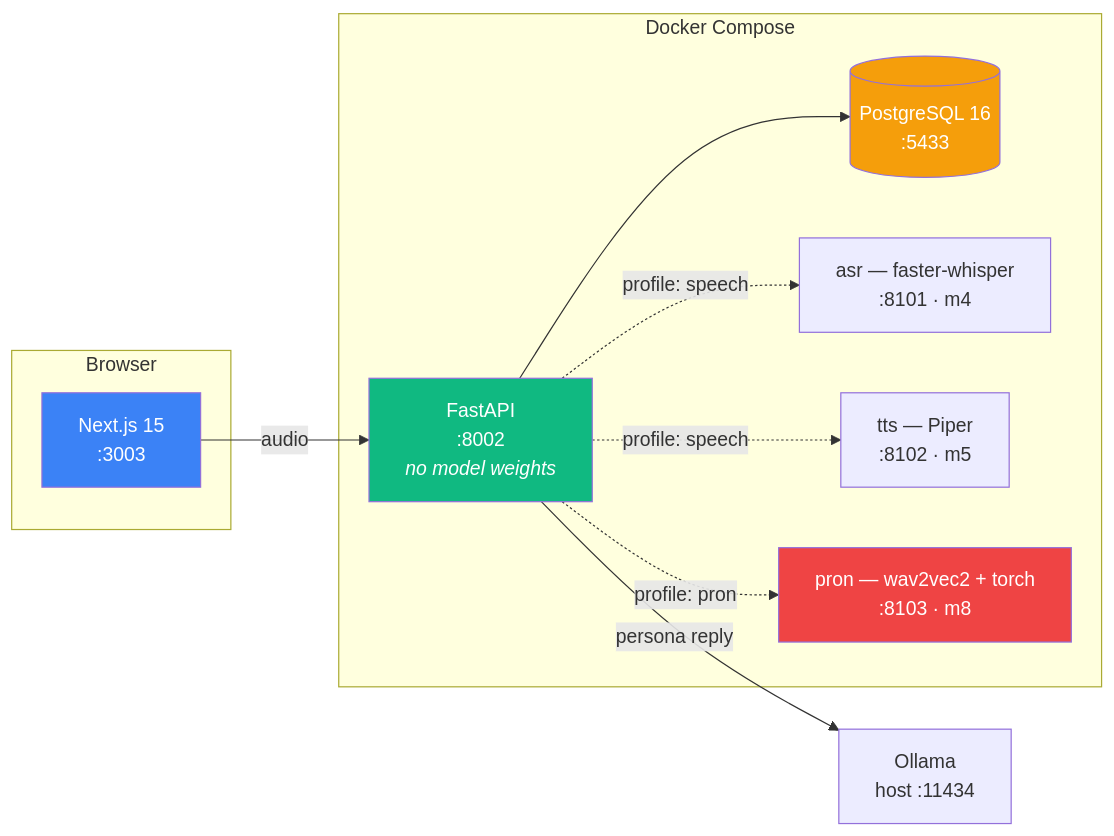
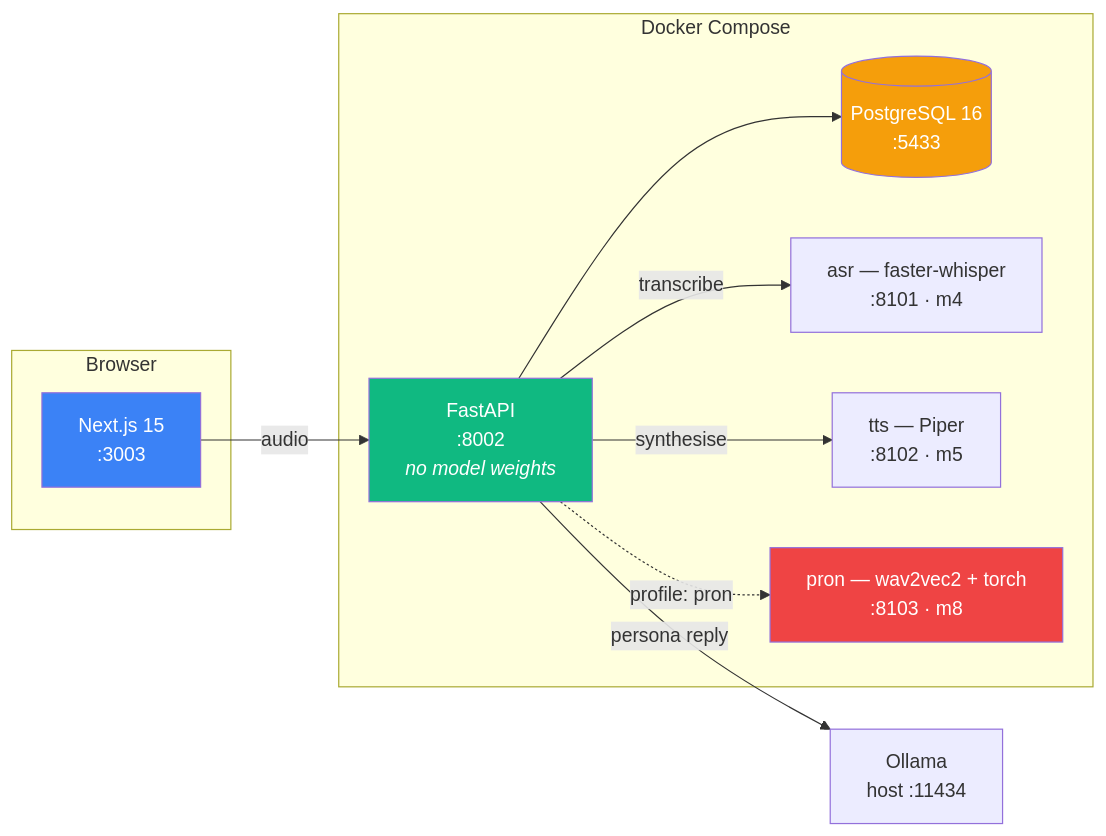
The diagram in README.md (Luisfelipecruz/speaklab), drawn with Mermaid before and after one commit. The commit also changed other lines of this file and 17 other files, not shown here.

````diff
--- a/README.md
+++ b/README.md
@@ -81,26 +87,26 @@
 ```mermaid
 graph LR
     subgraph Browser
         FE["Next.js 15<br/>:3003"]
     end
     subgraph "Docker Compose"
         API["FastAPI<br/>:8002<br/><i>no model weights</i>"]
         DB[("PostgreSQL 16<br/>:5433")]
         ASR["asr — faster-whisper<br/>:8101 · m4"]
         TTS["tts — Piper<br/>:8102 · m5"]
         PRON["pron — wav2vec2 + torch<br/>:8103 · m8"]
     end
     OLLAMA["Ollama<br/>host :11434"]
 
     FE -- "audio" --> API
     API --> DB
-    API -. "profile: speech" .-> ASR
-    API -. "profile: speech" .-> TTS
+    API -- "transcribe" --> ASR
+    API -- "synthesise" --> TTS
     API -. "profile: pron" .-> PRON
     API -- "persona reply" --> OLLAMA
 
     style FE fill:#3b82f6,color:#fff
     style API fill:#10b981,color:#fff
     style DB fill:#f59e0b,color:#fff
     style PRON fill:#ef4444,color:#fff
 ```
````
